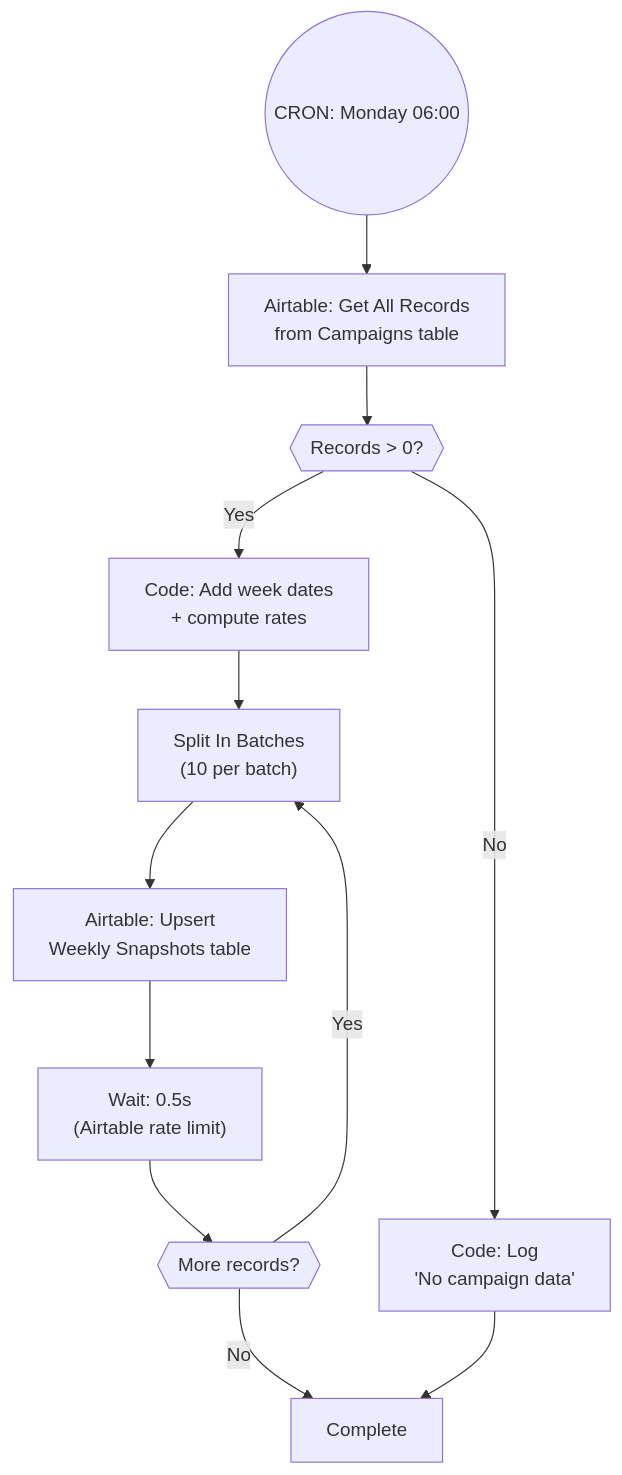
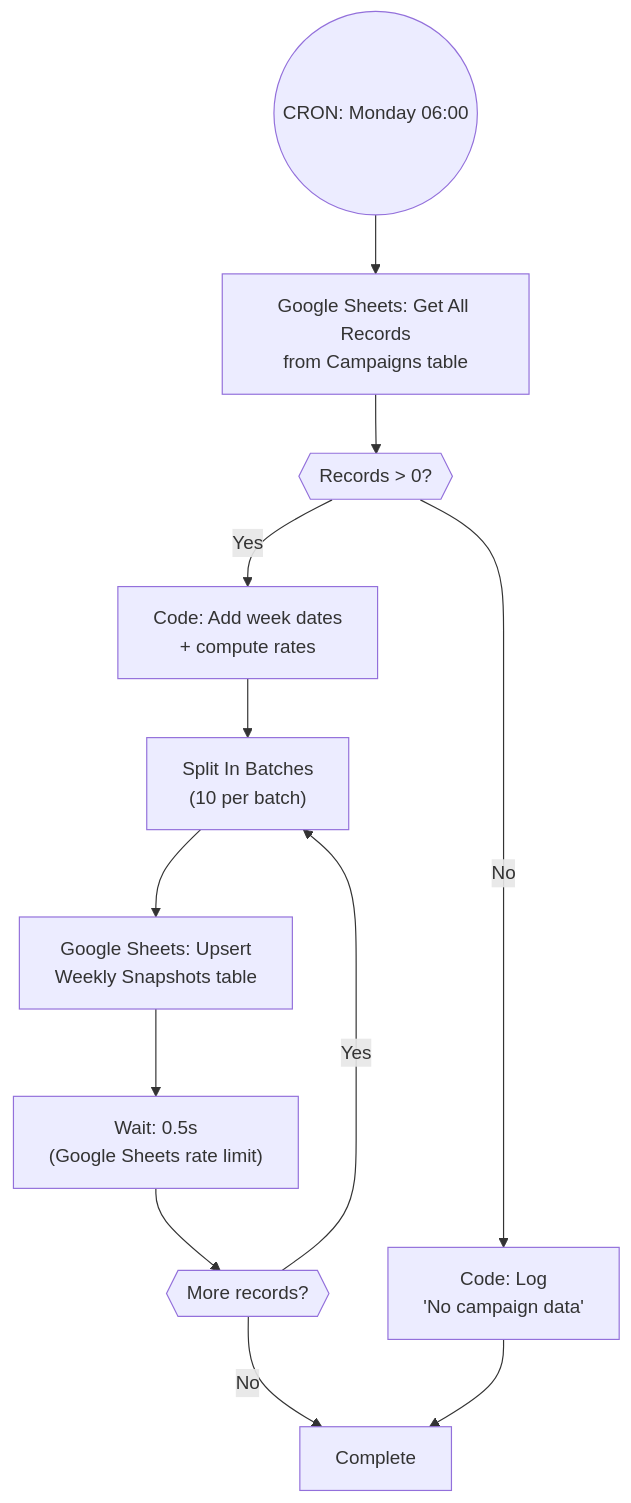
The diagram in workspace/clients/kunde-inc/specs/1-spec/a2-weekly-snapshot.md (011matthias/agentic-ops1.01), drawn with Mermaid before and after one commit. The commit also changed other lines of this file and 46 other files, not shown here.

First line of the commit message:
Phase 8-9: Infrastructure audit + agent architecture optimization

````diff
--- a/workspace/clients/kunde-inc/specs/1-spec/a2-weekly-snapshot.md
+++ b/workspace/clients/kunde-inc/specs/1-spec/a2-weekly-snapshot.md
@@ -49,14 +49,14 @@
 ```mermaid
 flowchart TD
-    TRIGGER(("CRON: Monday 06:00")) --> READ["Airtable: Get All Records<br/>from Campaigns table"]
+    TRIGGER(("CRON: Monday 06:00")) --> READ["Google Sheets: Get All Records<br/>from Campaigns table"]
     READ --> CHECK{{"Records > 0?"}}
     CHECK -->|No| LOG["Code: Log<br/>'No campaign data'"]
     CHECK -->|Yes| COMPUTE["Code: Add week dates<br/>+ compute rates"]
     COMPUTE --> BATCH["Split In Batches<br/>(10 per batch)"]
-    BATCH --> UPSERT["Airtable: Upsert<br/>Weekly Snapshots table"]
-    UPSERT --> WAIT["Wait: 0.5s<br/>(Airtable rate limit)"]
+    BATCH --> UPSERT["Google Sheets: Upsert<br/>Weekly Snapshots table"]
+    UPSERT --> WAIT["Wait: 0.5s<br/>(Google Sheets rate limit)"]
     WAIT --> MORE{{"More records?"}}
     MORE -->|Yes| BATCH
     MORE -->|No| DONE["Complete"]
     LOG --> DONE
 ```
````
